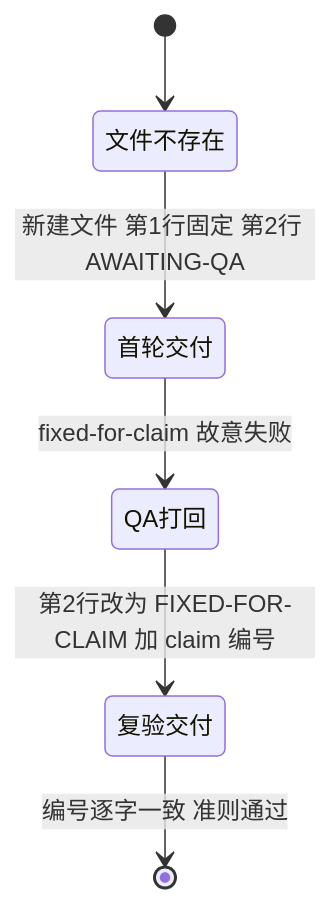
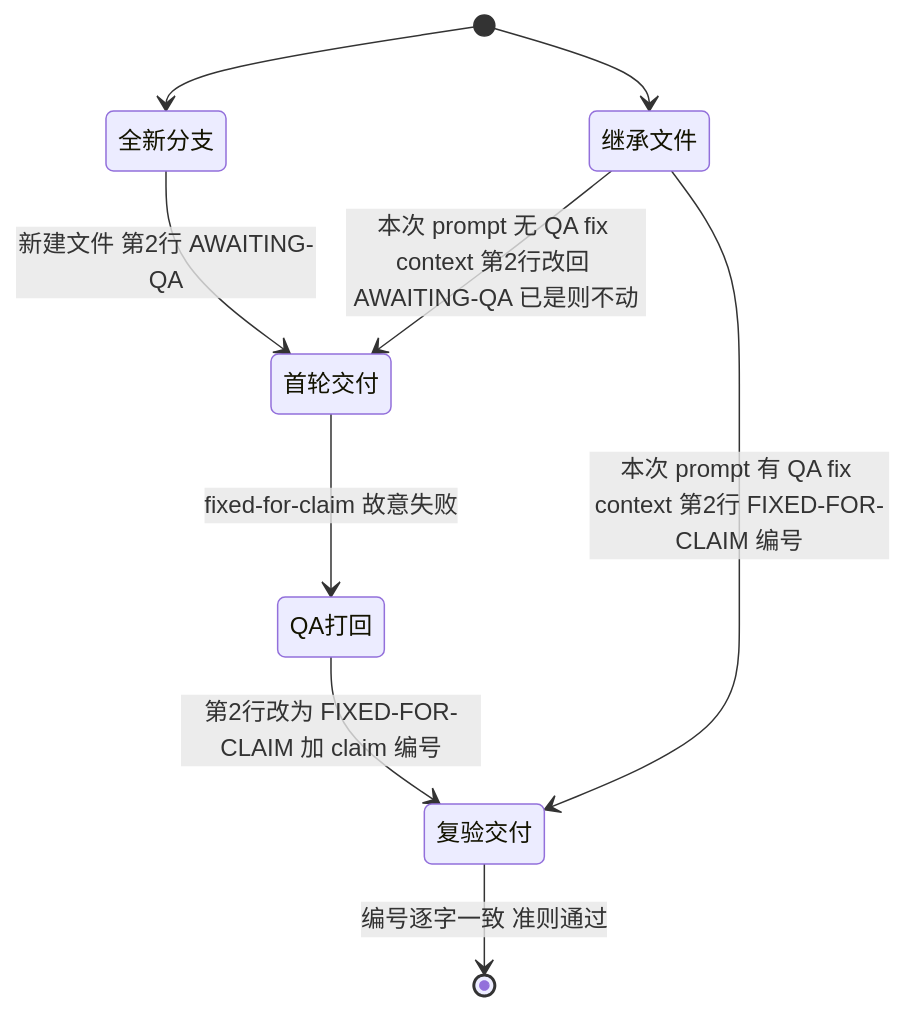
One commit to xrliAnnie/flywheel-qa-sandbox changed the diagram in engineering/doc/FLY-3225-real-runner-drill/design-d2.mmd. Above: the diagram before and after it, drawn with Mermaid. The commit also changed 2 other files, not shown here.

```diff
--- a/engineering/doc/FLY-3225-real-runner-drill/design-d2.mmd
+++ b/engineering/doc/FLY-3225-real-runner-drill/design-d2.mmd
@@ -1,6 +1,9 @@
 stateDiagram-v2
-    [*] --> 文件不存在
-    文件不存在 --> 首轮交付: 新建文件 第1行固定 第2行 AWAITING-QA
+    [*] --> 全新分支
+    [*] --> 继承文件
+    全新分支 --> 首轮交付: 新建文件 第2行 AWAITING-QA
+    继承文件 --> 首轮交付: 本次 prompt 无 QA fix context 第2行改回 AWAITING-QA 已是则不动
+    继承文件 --> 复验交付: 本次 prompt 有 QA fix context 第2行 FIXED-FOR-CLAIM 编号
     首轮交付 --> QA打回: fixed-for-claim 故意失败
     QA打回 --> 复验交付: 第2行改为 FIXED-FOR-CLAIM 加 claim 编号
     复验交付 --> [*]: 编号逐字一致 准则通过
```
